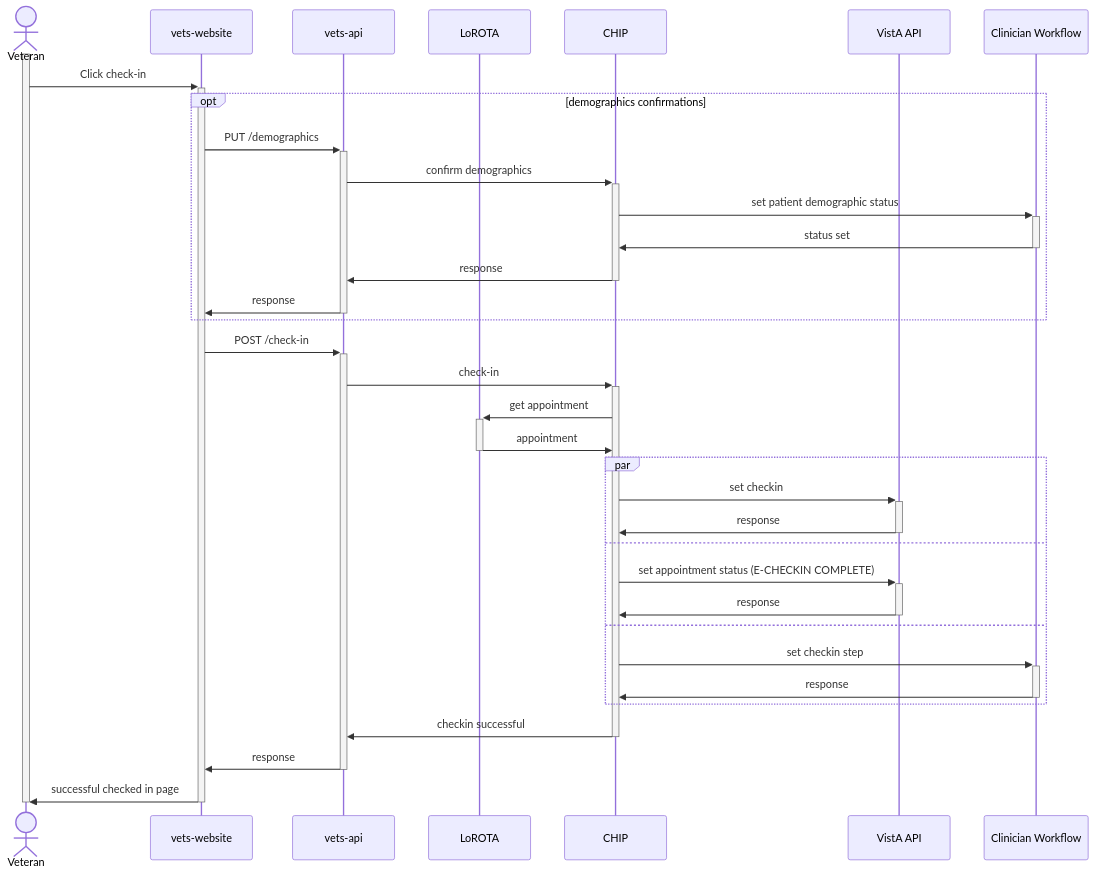
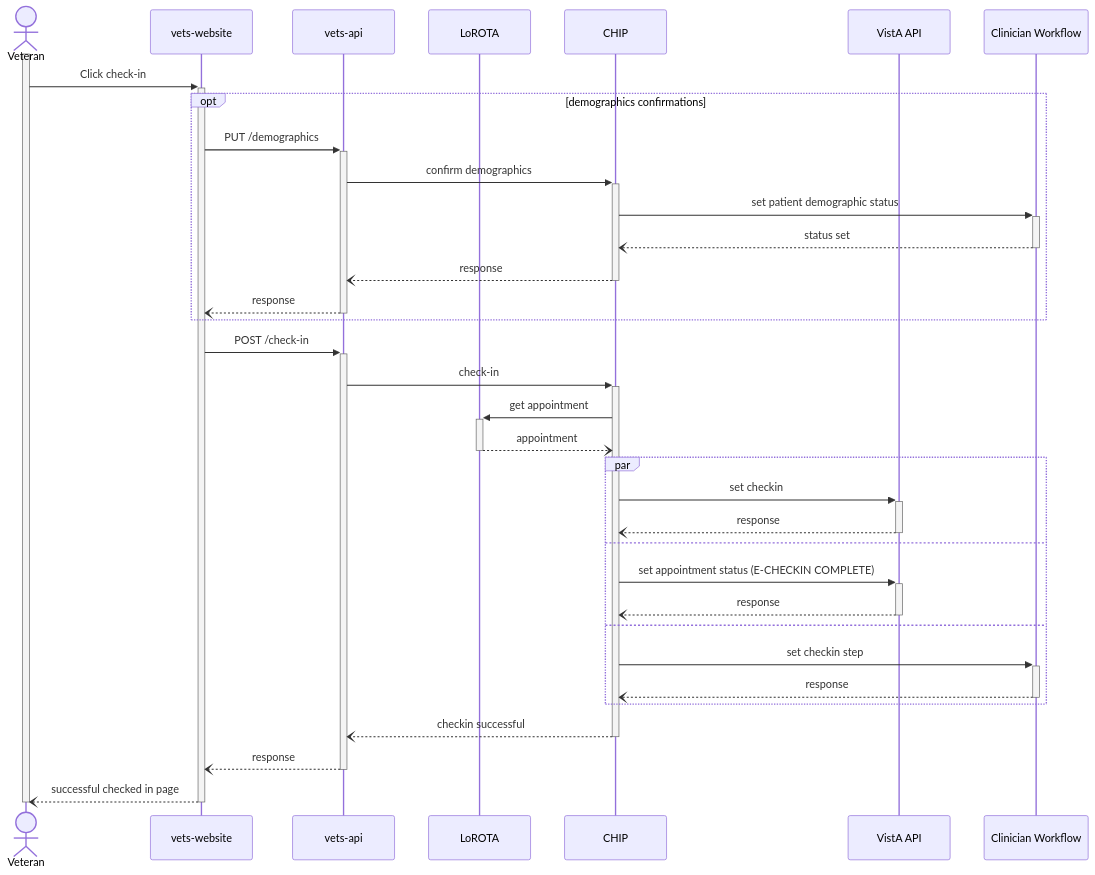
The fourth of 4 diagrams in products/health-care/checkin/engineering/architecture-diagrams/sequenceDiagram_checkInExp.md (department-of-veterans-affairs/va.gov-team), drawn with Mermaid before and after one commit. The commit also changed other lines of this file and 1 other file, not shown here.

````diff
--- a/products/health-care/checkin/engineering/architecture-diagrams/sequenceDiagram_checkInExp.md
+++ b/products/health-care/checkin/engineering/architecture-diagrams/sequenceDiagram_checkInExp.md
@@ -134,39 +127,39 @@
 ```mermaid
 sequenceDiagram
     actor vet as Veteran
     participant web as vets-website
     participant api as vets-api
     participant l as LoROTA
     participant c as CHIP
     participant va as VistA API
     participant cw as Clinician Workflow
 
     activate vet
     vet->>+web: Click check-in
     opt demographics confirmations
         web->>+api: PUT /demographics
         api->>+c: confirm demographics
         c->>+cw: set patient demographic status
-        cw->>-c: status set
-        c->>-api: response
-        api->>-web: response
+        cw--)-c: status set
+        c--)-api: response
+        api--)-web: response
     end
     web->>+api: POST /check-in
     api->>+c: check-in
     c->>+l: get appointment
-    l->>-c: appointment
+    l--)-c: appointment
     par
         c->>+va: set checkin
-        va->>-c: response
+        va--)-c: response
     and
         c->>+va: set appointment status (E-CHECKIN COMPLETE)
-        va->>-c: response
+        va--)-c: response
     and
         c->>+cw: set checkin step
-        cw->>-c: response
+        cw--)-c: response
     end
-    c->>-api: checkin successful
-    api->>-web: response
-    web->>-vet: successful checked in page
+    c--)-api: checkin successful
+    api--)-web: response
+    web--)-vet: successful checked in page
     deactivate vet
 ```
````
